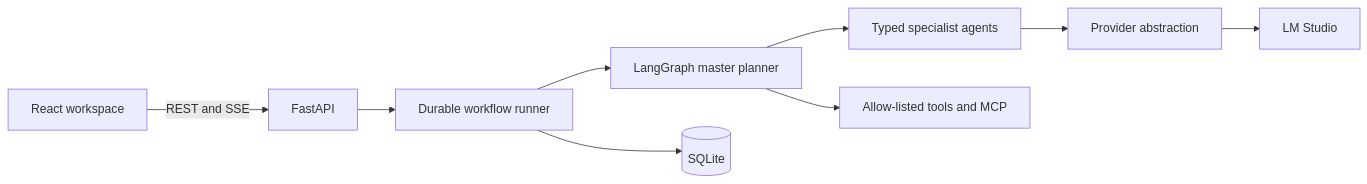
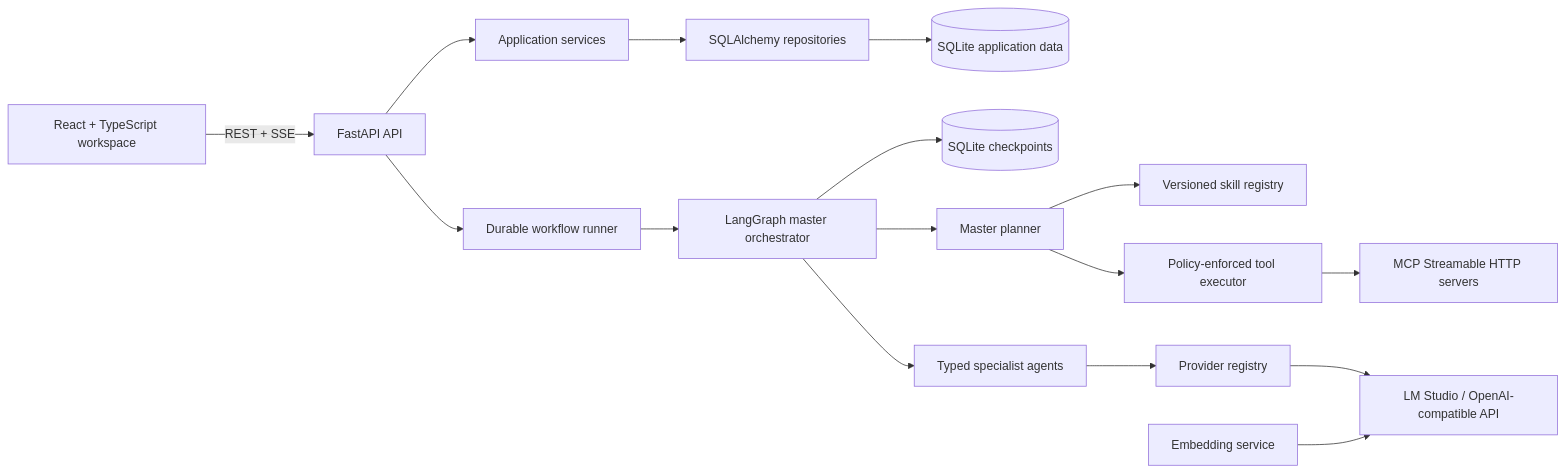
The first of 4 diagrams in README.md (venkatesh27das/ai_for_data_platform), drawn with Mermaid before and after one commit. The commit also changed other lines of this file and 5 other files, not shown here.

````diff
--- a/README.md
+++ b/README.md
@@ -202,11 +380,18 @@
 ```mermaid
 flowchart LR
-  UI[React workspace] -->|REST and SSE| API[FastAPI]
-  API --> RUN[Durable workflow runner]
-  RUN --> PLAN[LangGraph master planner]
-  PLAN --> AGENTS[Typed specialist agents]
-  PLAN --> TOOLS[Allow-listed tools and MCP]
-  AGENTS --> LLM[Provider abstraction]
-  LLM --> LM[LM Studio]
-  RUN --> DB[(SQLite)]
+  UI["React + TypeScript workspace"] -->|"REST + SSE"| API["FastAPI API"]
+  API --> RUN["Durable workflow runner"]
+  API --> SVC["Application services"]
+  SVC --> REPO["SQLAlchemy repositories"]
+  REPO --> DB[("SQLite application data")]
+  RUN --> GRAPH["LangGraph master orchestrator"]
+  GRAPH --> CP[("SQLite checkpoints")]
+  GRAPH --> PLAN["Master planner"]
+  PLAN --> SKILLS["Versioned skill registry"]
+  PLAN --> TOOLS["Policy-enforced tool executor"]
+  TOOLS --> MCP["MCP Streamable HTTP servers"]
+  GRAPH --> AGENTS["Typed specialist agents"]
+  AGENTS --> LLM["Provider registry"]
+  LLM --> LM["LM Studio / OpenAI-compatible API"]
+  EMBED["Embedding service"] --> LM
 ```
````
